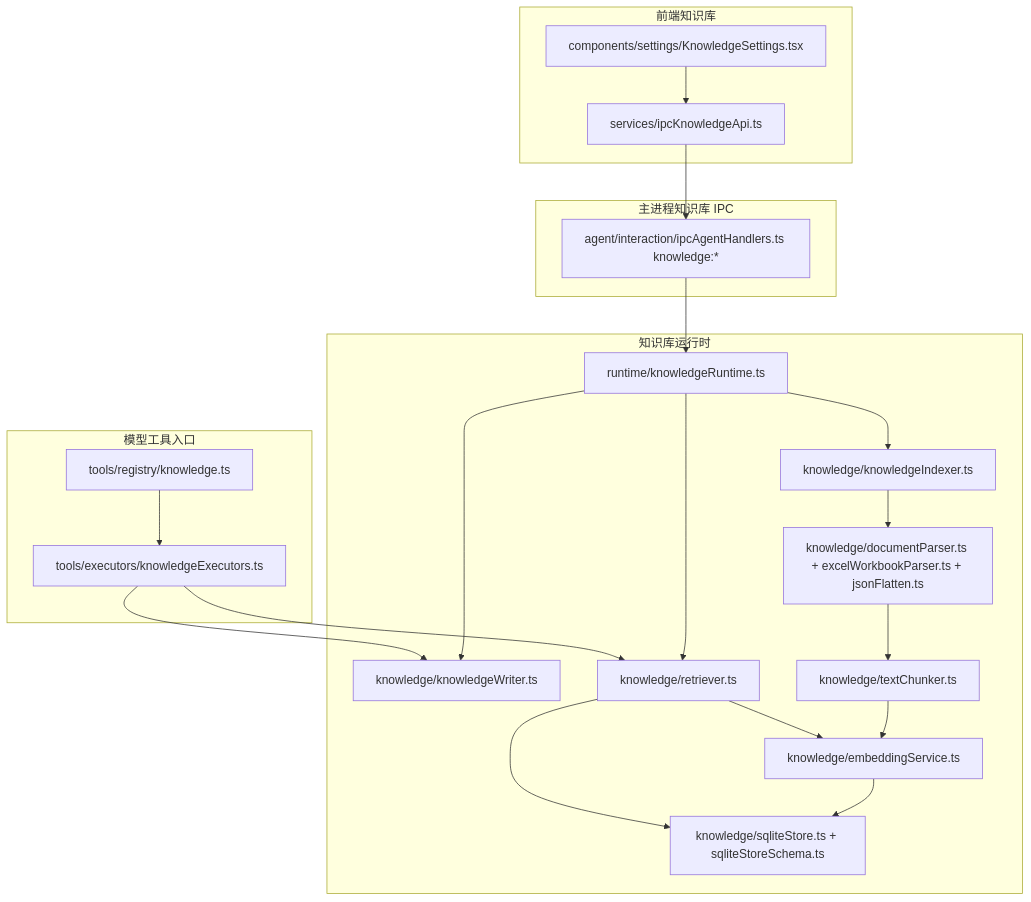
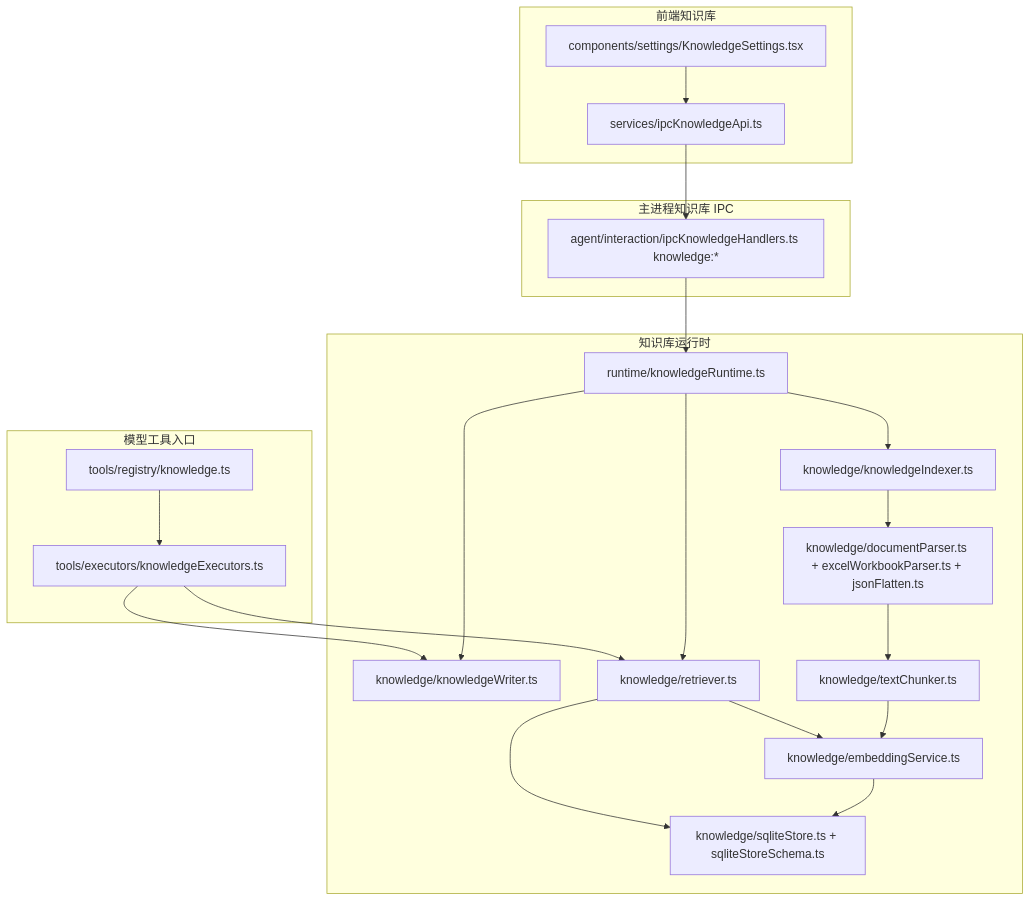
The eighth of 11 diagrams in docs/architecture-map.md (Laowang3366/excel-ai-plugin-new-feature), drawn with Mermaid before and after one commit. The commit also changed other lines of this file and 6 other files, not shown here.

Commit message:
refactor: isolate knowledge ipc handlers

````diff
--- a/docs/architecture-map.md
+++ b/docs/architecture-map.md
@@ -384,38 +384,38 @@
 ```mermaid
 flowchart TB
   subgraph UI["前端知识库"]
     KnowledgeSettings["components/settings/KnowledgeSettings.tsx"]
     IpcKnowledge["services/ipcKnowledgeApi.ts"]
   end
 
   subgraph IPC["主进程知识库 IPC"]
-    KHandlers["agent/interaction/ipcAgentHandlers.ts knowledge:*"]
+    KHandlers["agent/interaction/ipcKnowledgeHandlers.ts knowledge:*"]
   end
 
   subgraph Runtime["知识库运行时"]
     KRuntime["runtime/knowledgeRuntime.ts"]
     Indexer["knowledge/knowledgeIndexer.ts"]
     Writer["knowledge/knowledgeWriter.ts"]
     Retriever["knowledge/retriever.ts"]
     Parser["knowledge/documentParser.ts + excelWorkbookParser.ts + jsonFlatten.ts"]
     Chunker["knowledge/textChunker.ts"]
     Store["knowledge/sqliteStore.ts + sqliteStoreSchema.ts"]
     Embedding["knowledge/embeddingService.ts"]
   end
 
   subgraph Agent["模型工具入口"]
     KTools["tools/registry/knowledge.ts"]
     KExecutors["tools/executors/knowledgeExecutors.ts"]
   end
 
   KnowledgeSettings --> IpcKnowledge --> KHandlers
   KHandlers --> KRuntime
   KRuntime --> Indexer
   KRuntime --> Writer
   KRuntime --> Retriever
   Indexer --> Parser --> Chunker --> Embedding --> Store
   Retriever --> Embedding
   Retriever --> Store
   KTools --> KExecutors --> Retriever
   KExecutors --> Writer
 ```
````
